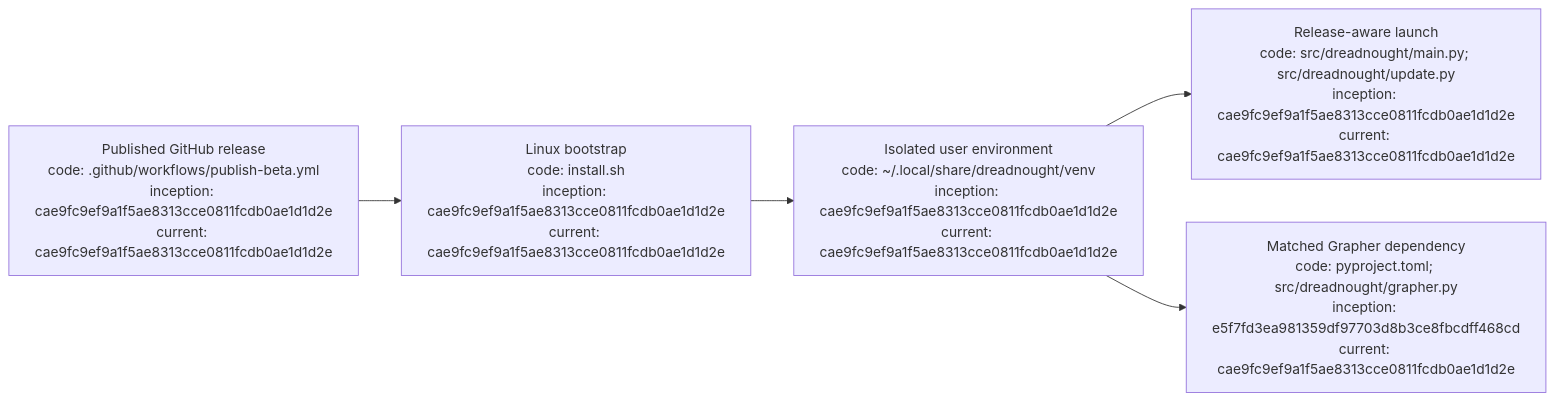
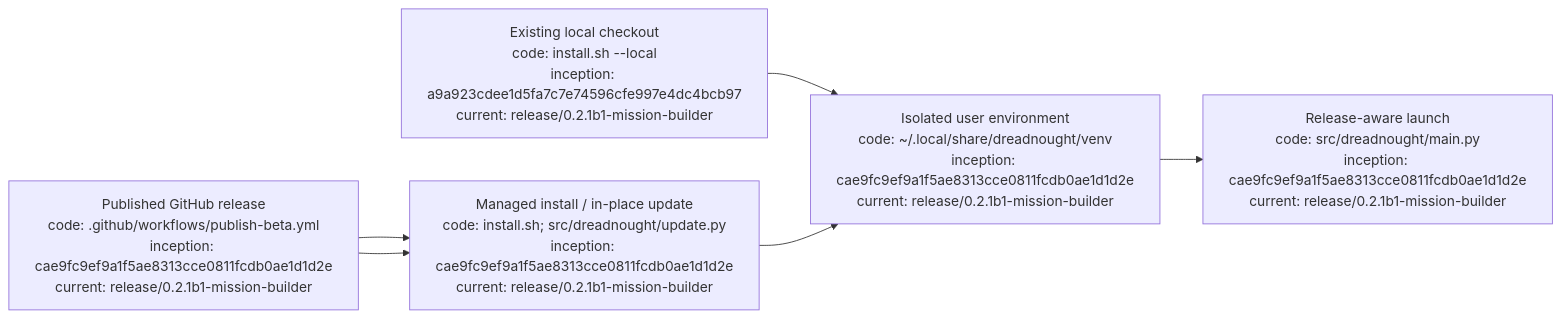
Before and after one commit to seanbman/dreadnought: the diagram in docs/INSTALLATION_AND_UPDATES.md, drawn with Mermaid. The commit also changed other lines of this file, not shown here.

Commit message:
docs: document in-place and local checkout upgrades

````diff
--- a/docs/INSTALLATION_AND_UPDATES.md
+++ b/docs/INSTALLATION_AND_UPDATES.md
@@ -78,7 +94,7 @@
 ```mermaid
 flowchart LR
-    R["Published GitHub release\ncode: .github/workflows/publish-beta.yml\ninception: cae9fc9ef9a1f5ae8313cce0811fcdb0ae1d1d2e\ncurrent: cae9fc9ef9a1f5ae8313cce0811fcdb0ae1d1d2e"] --> I["Linux bootstrap\ncode: install.sh\ninception: cae9fc9ef9a1f5ae8313cce0811fcdb0ae1d1d2e\ncurrent: cae9fc9ef9a1f5ae8313cce0811fcdb0ae1d1d2e"]
-    I --> V["Isolated user environment\ncode: ~/.local/share/dreadnought/venv\ninception: cae9fc9ef9a1f5ae8313cce0811fcdb0ae1d1d2e\ncurrent: cae9fc9ef9a1f5ae8313cce0811fcdb0ae1d1d2e"]
-    V --> C["Release-aware launch\ncode: src/dreadnought/main.py; src/dreadnought/update.py\ninception: cae9fc9ef9a1f5ae8313cce0811fcdb0ae1d1d2e\ncurrent: cae9fc9ef9a1f5ae8313cce0811fcdb0ae1d1d2e"]
-    V --> G["Matched Grapher dependency\ncode: pyproject.toml; src/dreadnought/grapher.py\ninception: e5f7fd3ea981359df97703d8b3ce8fbcdff468cd\ncurrent: cae9fc9ef9a1f5ae8313cce0811fcdb0ae1d1d2e"]
+    R["Published GitHub release\ncode: .github/workflows/publish-beta.yml\ninception: cae9fc9ef9a1f5ae8313cce0811fcdb0ae1d1d2e\ncurrent: release/0.2.1b1-mission-builder"] --> I["Managed install / in-place update\ncode: install.sh; src/dreadnought/update.py\ninception: cae9fc9ef9a1f5ae8313cce0811fcdb0ae1d1d2e\ncurrent: release/0.2.1b1-mission-builder"]
+    L["Existing local checkout\ncode: install.sh --local\ninception: a9a923cdee1d5fa7c7e74596cfe997e4dc4bcb97\ncurrent: release/0.2.1b1-mission-builder"] --> V["Isolated user environment\ncode: ~/.local/share/dreadnought/venv\ninception: cae9fc9ef9a1f5ae8313cce0811fcdb0ae1d1d2e\ncurrent: release/0.2.1b1-mission-builder"]
+    R --> I --> V
+    V --> C["Release-aware launch\ncode: src/dreadnought/main.py\ninception: cae9fc9ef9a1f5ae8313cce0811fcdb0ae1d1d2e\ncurrent: release/0.2.1b1-mission-builder"]
 ```
````
